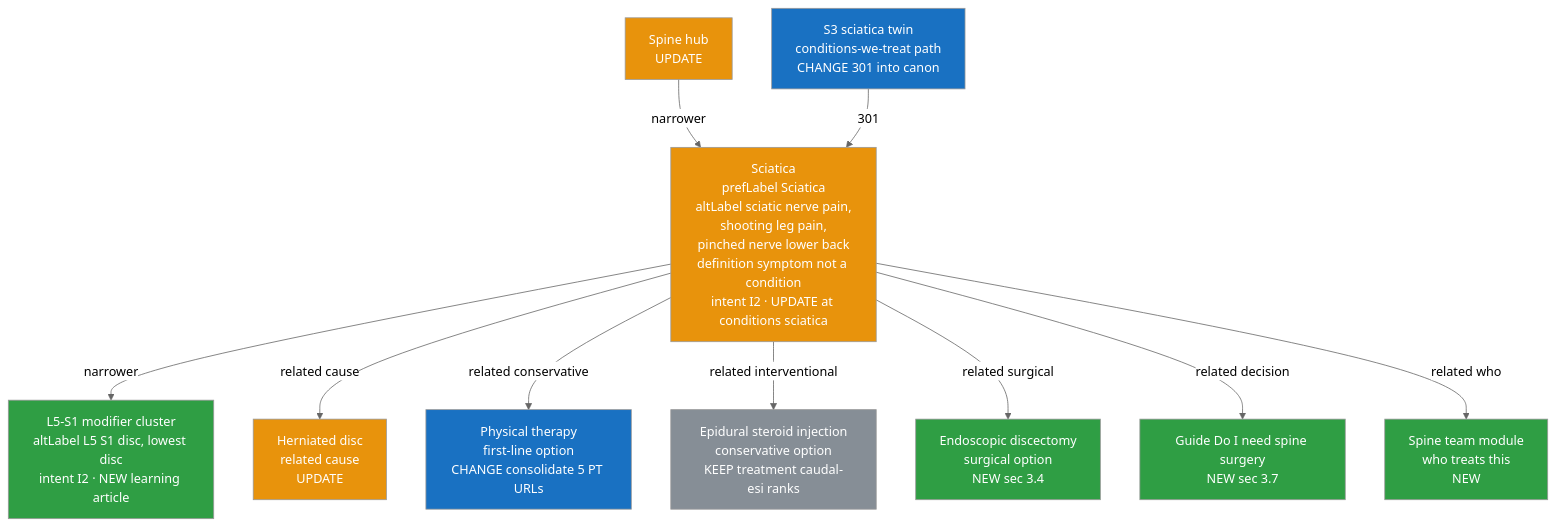
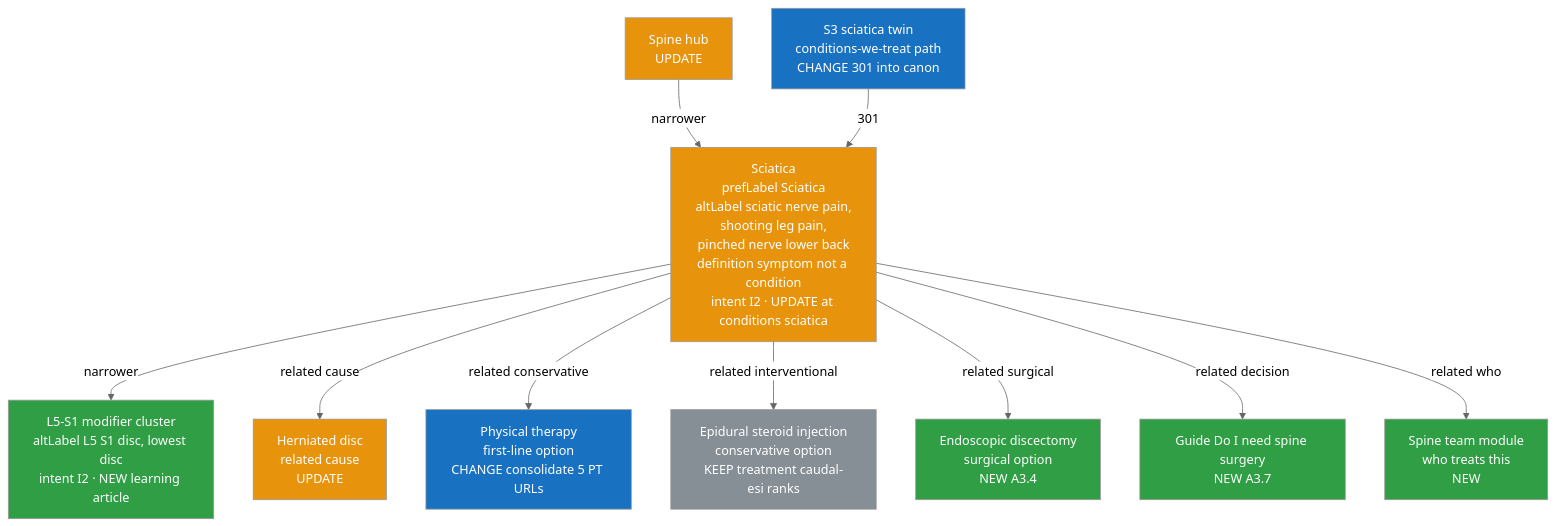
Before and after one commit to JosephAndrewMacLean/SHP: the fourth of 8 diagrams in playbooks/spine-semantic-model.md, drawn with Mermaid (neutral theme). The commit also changed other lines of this file and 6 other files, not shown here.

````diff
--- a/playbooks/spine-semantic-model.md
+++ b/playbooks/spine-semantic-model.md
@@ -213,32 +202,32 @@
 ```mermaid
 flowchart TD
     HUB[Spine hub<br/>UPDATE]
     SCI[Sciatica<br/>prefLabel Sciatica<br/>altLabel sciatic nerve pain,<br/>shooting leg pain,<br/>pinched nerve lower back<br/>definition symptom not a condition<br/>intent I2 · UPDATE at conditions sciatica]
     SCITWIN[S3 sciatica twin<br/>conditions-we-treat path<br/>CHANGE 301 into canon]
     L5S1[L5-S1 modifier cluster<br/>altLabel L5 S1 disc, lowest disc<br/>intent I2 · NEW learning article]
     HERN[Herniated disc<br/>related cause<br/>UPDATE]
     ESI[Epidural steroid injection<br/>conservative option<br/>KEEP treatment caudal-esi ranks]
-    ENDO[Endoscopic discectomy<br/>surgical option<br/>NEW sec 3.4]
+    ENDO[Endoscopic discectomy<br/>surgical option<br/>NEW A3.4]
     PT[Physical therapy<br/>first-line option<br/>CHANGE consolidate 5 PT URLs]
-    GDO[Guide Do I need spine surgery<br/>NEW sec 3.7]
+    GDO[Guide Do I need spine surgery<br/>NEW A3.7]
     TEAM[Spine team module<br/>who treats this<br/>NEW]
 
     HUB -->|narrower| SCI
     SCITWIN -->|301| SCI
     SCI -->|narrower| L5S1
     SCI -->|related cause| HERN
     SCI -->|related conservative| PT
     SCI -->|related interventional| ESI
     SCI -->|related surgical| ENDO
     SCI -->|related decision| GDO
     SCI -->|related who| TEAM
 
     classDef newN fill:#2f9e44,color:#fff
     classDef updN fill:#e8930c,color:#fff
     classDef chgN fill:#1971c2,color:#fff
     classDef keepN fill:#868e96,color:#fff
     class L5S1,ENDO,GDO,TEAM newN
     class SCI,HERN,HUB updN
     class SCITWIN,PT chgN
     class ESI keepN
 ```
````
